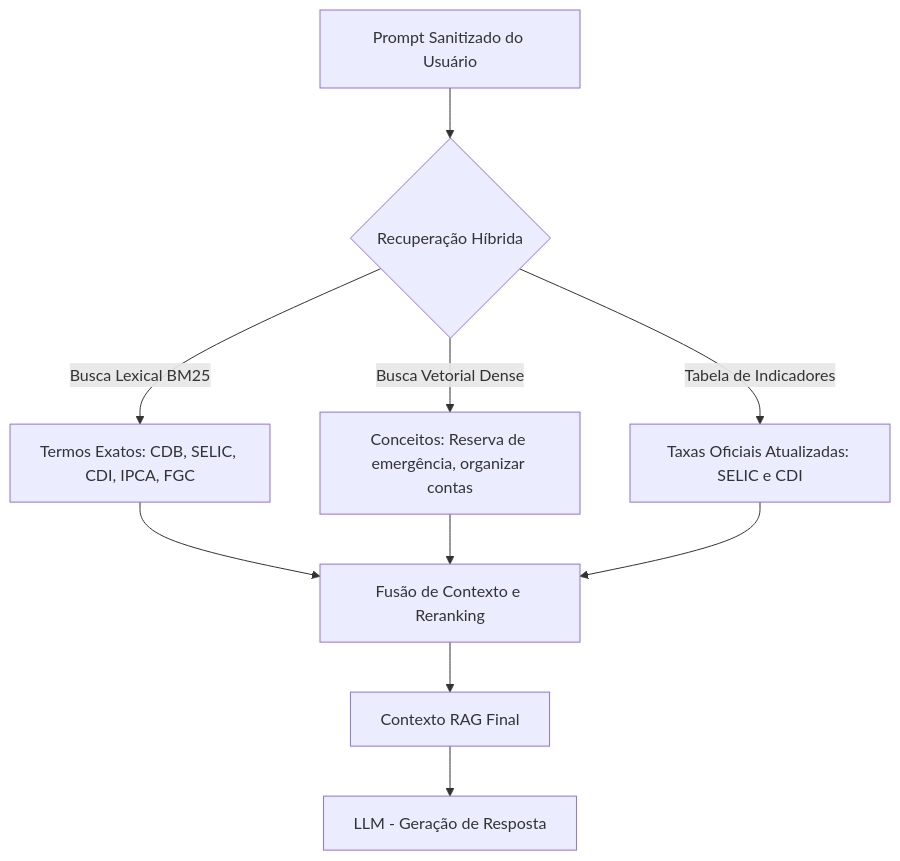
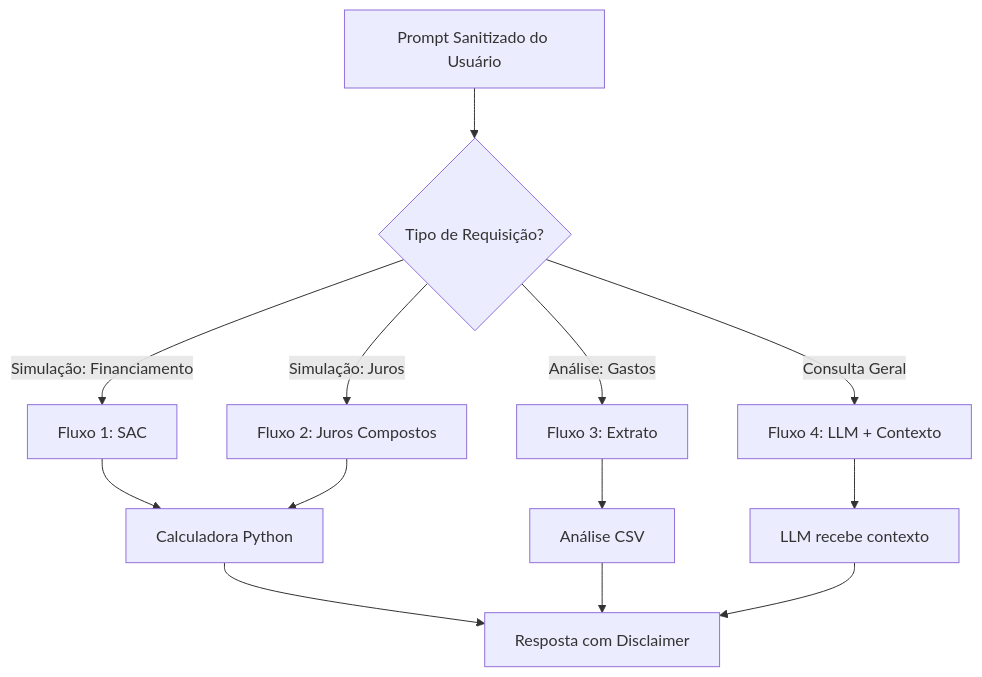
One commit to luizfnestorx/assitente-vitual-finai changed the diagram in docs/02-base-de-conhecimento.md. Above: the diagram before and after it, drawn with Mermaid. The commit also changed other lines of this file and 13 other files, not shown here.

````diff
--- a/docs/02-base-de-conhecimento.md
+++ b/docs/02-base-de-conhecimento.md
@@ -78,14 +78,18 @@
 ```mermaid
 flowchart TD
-    A[Prompt Sanitizado do Usuário] --> B{Recuperação Híbrida}
+    A[Prompt Sanitizado do Usuário] --> B{Tipo de Requisição?}
     
-    B -->|Busca Lexical BM25| C[Termos Exatos: CDB, SELIC, CDI, IPCA, FGC]
-    B -->|Busca Vetorial Dense| D[Conceitos: Reserva de emergência, organizar contas]
-    B -->|Tabela de Indicadores| E[Taxas Oficiais Atualizadas: SELIC e CDI]
+    B -->|Simulação: Financiamento| C[Fluxo 1: SAC]
+    B -->|Simulação: Juros| D[Fluxo 2: Juros Compostos]
+    B -->|Análise: Gastos| E[Fluxo 3: Extrato]
+    B -->|Consulta Geral| F[Fluxo 4: LLM + Contexto]
     
-    C --> F[Fusão de Contexto e Reranking]
-    D --> F
-    E --> F
+    C --> G[Calculadora Python]
+    D --> G
+    E --> H[Análise CSV]
+    F --> I[LLM recebe contexto]
     
-    F --> G[Contexto RAG Final] --> H[LLM - Geração de Resposta]
+    G --> J[Resposta com Disclaimer]
+    H --> J
+    I --> J
 ```
````
